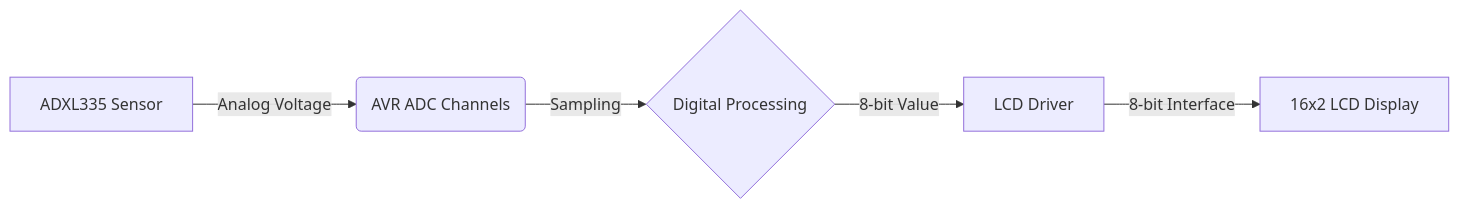
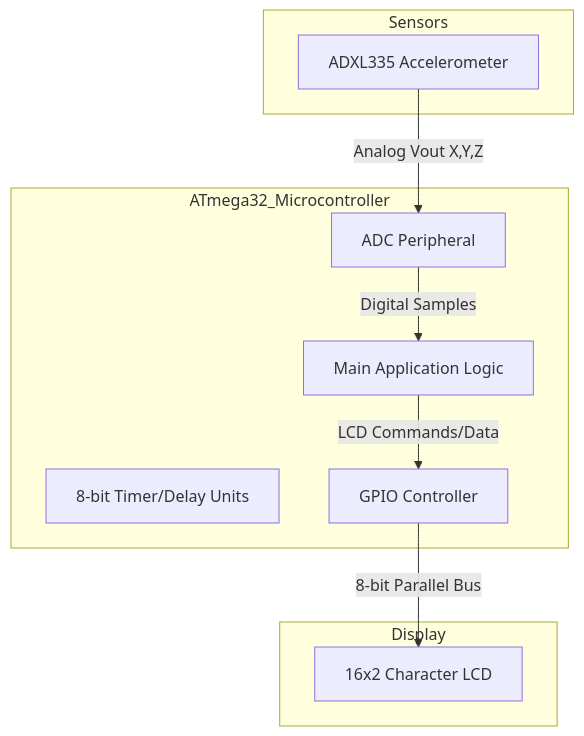
Before and after one commit to ashishrai12/LCD_Test_Accelerometer: the first of 2 diagrams in README.md, drawn with Mermaid. The commit also changed other lines of this file, not shown here.

Commit message:
docs: Enhance README with system architecture and logic diagrams

````diff
--- a/README.md
+++ b/README.md
@@ -15,7 +16,22 @@
 ```mermaid
-graph LR
-    A[ADXL335 Sensor] -->|Analog Voltage| B(AVR ADC Channels)
-    B -->|Sampling| C{Digital Processing}
-    C -->|8-bit Value| D[LCD Driver]
-    D -->|8-bit Interface| E[16x2 LCD Display]
+graph TD
+    subgraph Sensors
+        A[ADXL335 Accelerometer]
+    end
+    
+    subgraph ATmega32_Microcontroller
+        B[ADC Peripheral]
+        C[8-bit Timer/Delay Units]
+        D[GPIO Controller]
+        E[Main Application Logic]
+    end
+    
+    subgraph Display
+        F[16x2 Character LCD]
+    end
+
+    A -- Analog Vout X,Y,Z --> B
+    B -- Digital Samples --> E
+    E -- LCD Commands/Data --> D
+    D -- 8-bit Parallel Bus --> F
 ```
````
